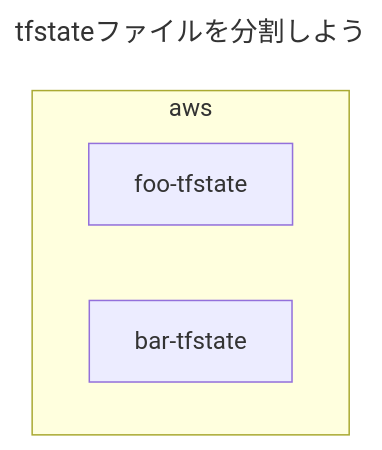
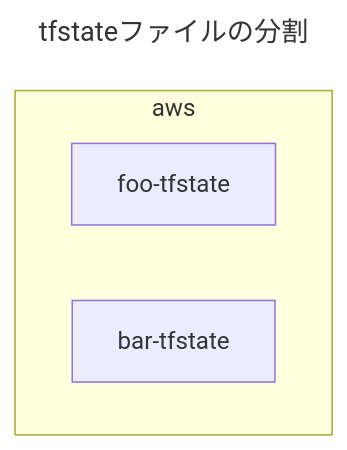
The first of 12 diagrams in dist/draft/Terraformのtfstateファイルの分割手法.md (hiroki-it/hatenablog), drawn with Mermaid before and after one commit. The commit also changed other lines of this file, not shown here.

````diff
--- a/dist/draft/Terraformのtfstateファイルの分割手法.md
+++ b/dist/draft/Terraformのtfstateファイルの分割手法.md
@@ -77,11 +77,11 @@
 ```mermaid
 ---
-title: tfstateファイルを分割しよう
+title: tfstateファイルの分割
 ---
 %%{init:{'theme':'natural'}}%%
 flowchart TB
     subgraph aws
         Foo[foo-tfstate]
         Bar[bar-tfstate]
     end
 ```
````
